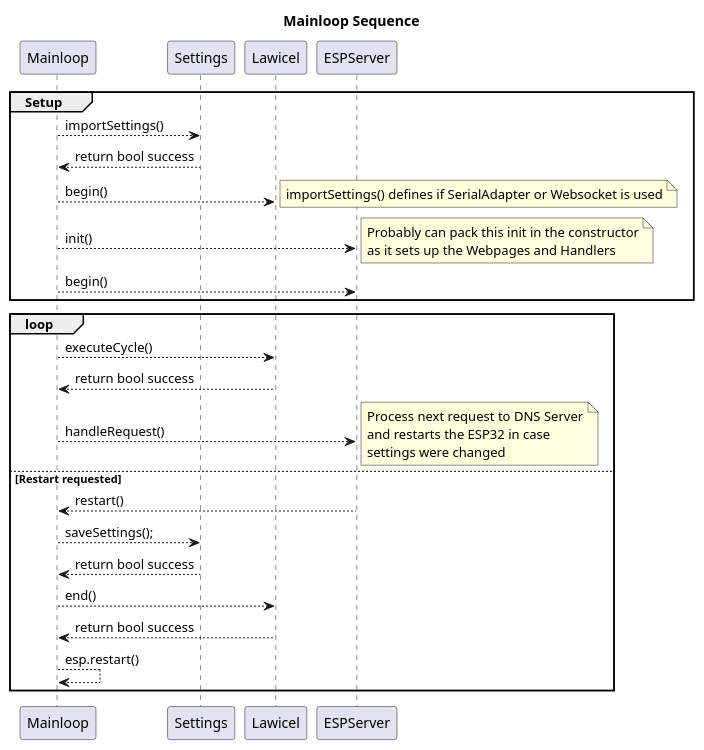
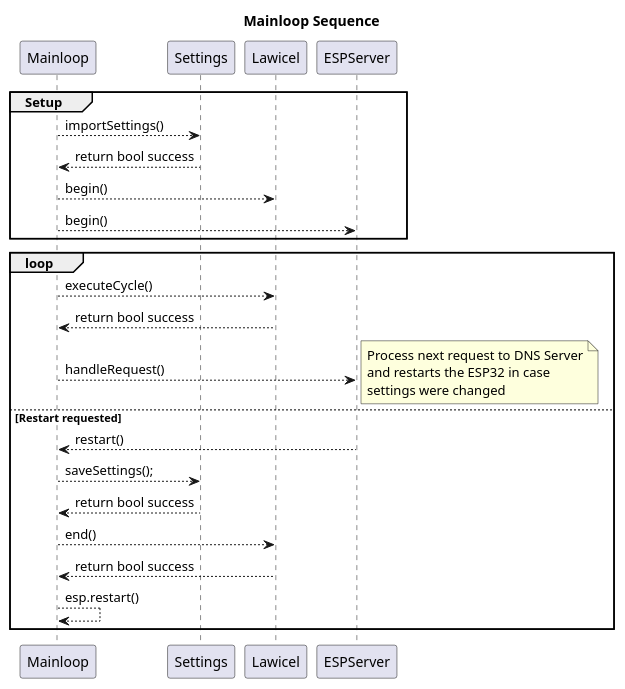
The diagram in Coding/fw/doc/design/Mainloop.plantuml (NewTec-GmbH/esp32-can-iot), drawn with PlantUML before and after one commit. The commit also changed 5 other files, not shown here.

Commit message:
Deleted unused Diagramms

```diff
--- a/Coding/fw/doc/design/Mainloop.plantuml
+++ b/Coding/fw/doc/design/Mainloop.plantuml
@@ -1,40 +1,31 @@
 @startuml
 
 Title Mainloop Sequence
 
 group Setup
     Mainloop --> Settings : importSettings()
     Settings --> Mainloop : return bool success
     Mainloop --> Lawicel : begin()
-    note right
-        importSettings() defines if SerialAdapter or Websocket is used
-    end note
-    Mainloop --> ESPServer : init()
-    note right
-        Probably can pack this init in the constructor
-        as it sets up the Webpages and Handlers
-    end note
-
     Mainloop --> ESPServer : begin()
 end
 
 group loop
     Mainloop --> Lawicel : executeCycle()
     Lawicel --> Mainloop : return bool success
     Mainloop --> ESPServer : handleRequest()
     note right
         Process next request to DNS Server
         and restarts the ESP32 in case
         settings were changed
     end note
 
     else Restart requested
     ESPServer --> Mainloop : restart()
     Mainloop --> Settings : saveSettings();
     Settings --> Mainloop : return bool success
     Mainloop --> Lawicel : end()
     Lawicel --> Mainloop : return bool success
     Mainloop --> Mainloop : esp.restart()
 end
 
 @enduml
```
